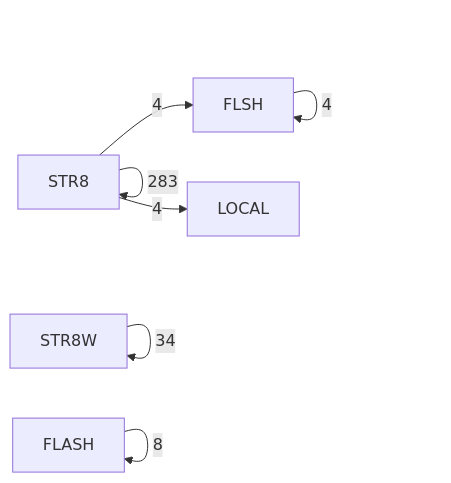
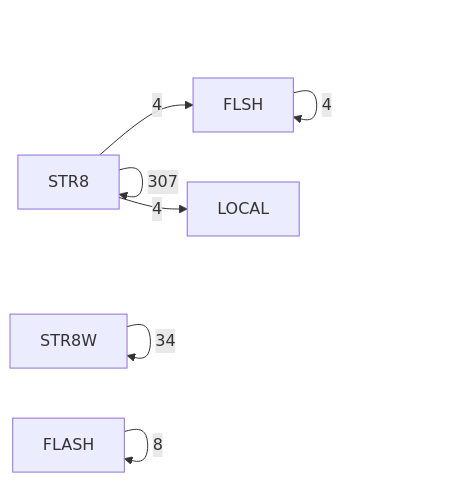
Before and after one commit to 95westus/R-YORS: the fifth of 6 diagrams in DOC/GENERATED/ROUTINE_CLASS_DIAGRAM.md, drawn with Mermaid. The commit also changed other lines of this file and 20 other files, not shown here.

````diff
--- a/DOC/GENERATED/ROUTINE_CLASS_DIAGRAM.md
+++ b/DOC/GENERATED/ROUTINE_CLASS_DIAGRAM.md
@@ -77,9 +77,9 @@
 ```mermaid
 flowchart LR
-    P_STR8[STR8] -->|283| P_STR8[STR8]
+    P_STR8[STR8] -->|307| P_STR8[STR8]
     P_STR8W[STR8W] -->|34| P_STR8W[STR8W]
     P_FLASH[FLASH] -->|8| P_FLASH[FLASH]
     P_FLSH[FLSH] -->|4| P_FLSH[FLSH]
     P_STR8[STR8] -->|4| P_FLSH[FLSH]
     P_STR8[STR8] -->|4| P_LOCAL[LOCAL]
 ```
````
